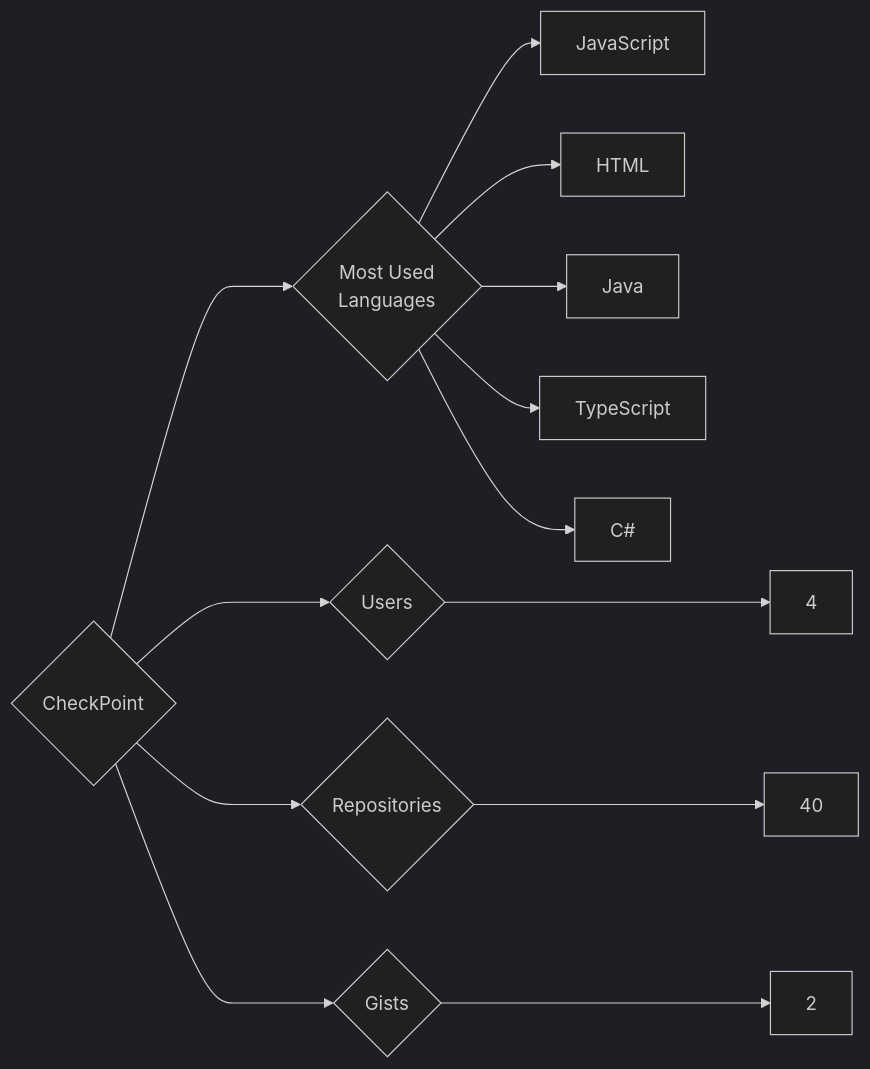
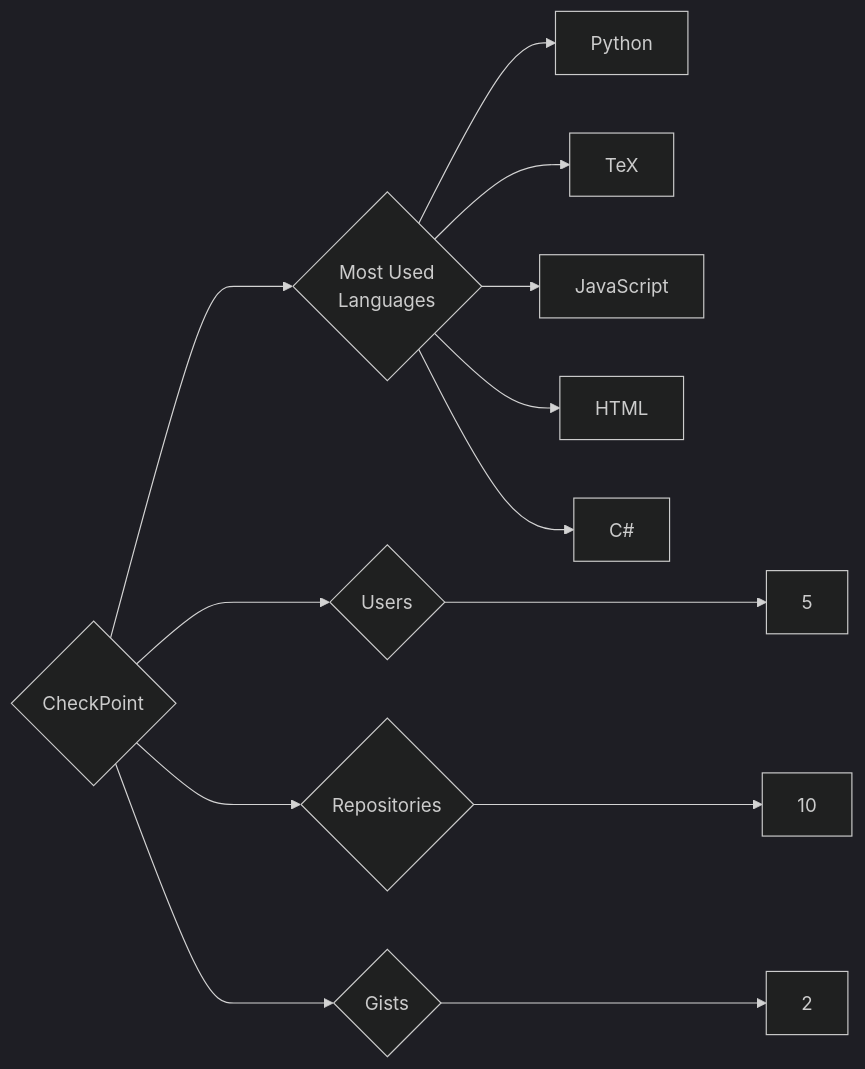
The diagram in targets/CheckPoint/README.md (trickest/insiders), drawn with Mermaid (dark theme) before and after one commit. The commit also changed 984 other files, not shown here.

````diff
--- a/targets/CheckPoint/README.md
+++ b/targets/CheckPoint/README.md
@@ -3,13 +3,13 @@
 ```mermaid
 graph LR
 COMPANY_NAME{CheckPoint}
-COMPANY_NAME ---> U{Users} ---> UN[4]
-COMPANY_NAME ---> R{Repositories} ---> RN[40]
+COMPANY_NAME ---> U{Users} ---> UN[5]
+COMPANY_NAME ---> R{Repositories} ---> RN[10]
 COMPANY_NAME ---> G{Gists} ---> GN[2]
 COMPANY_NAME ---> ML{Most Used<br>Languages}
+ML --> Python[Python]
+ML --> TeX[TeX]
 ML --> JavaScript[JavaScript]
 ML --> HTML[HTML]
-ML --> Java[Java]
-ML --> TypeScript[TypeScript]
 ML --> C#[C#]
 ```
````
